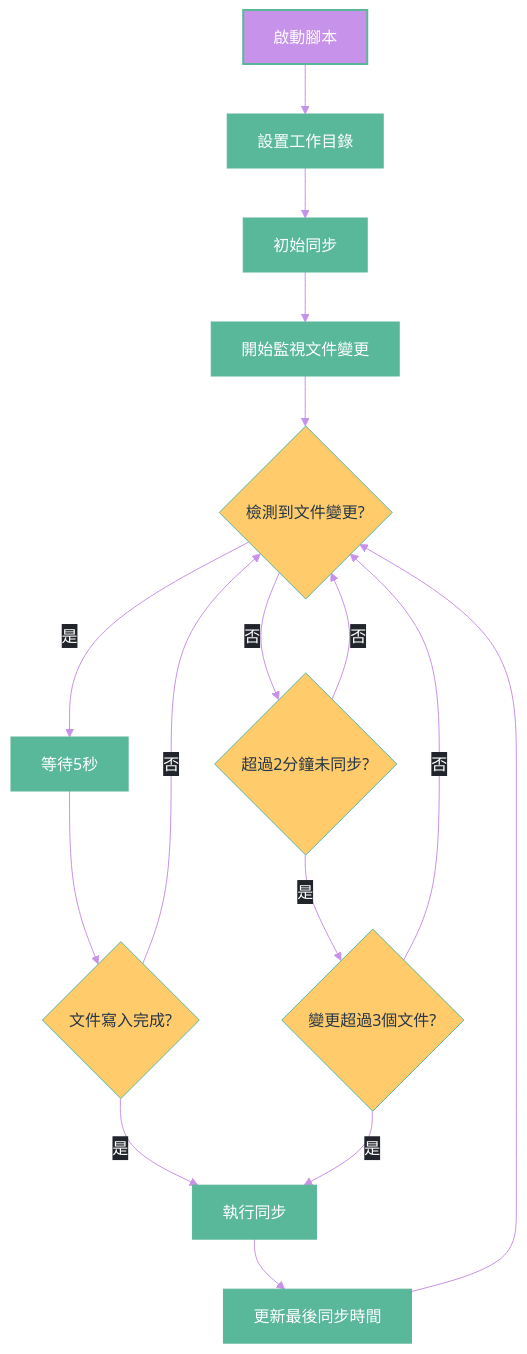
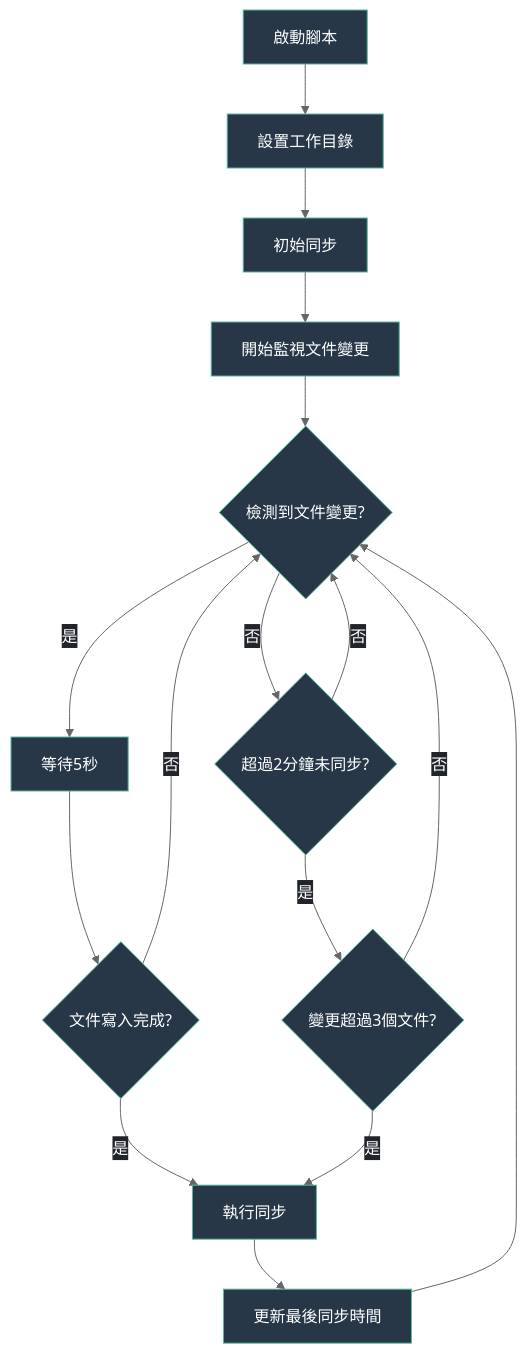
The second of 2 diagrams in Logseq同步方案演進記錄.md (GengGeng026/Sync-Logseq), drawn with Mermaid before and after one commit.

Commit message:
Auto-sync: Wed Mar 26 09:12:04 +08 2025

````diff
--- a/Logseq同步方案演進記錄.md
+++ b/Logseq同步方案演進記錄.md
@@ -384,52 +384,47 @@
 ```mermaid
 %%{init: {
   'theme': 'base', 
   'themeVariables': {
-    'primaryColor': '#651FFF',
+    'primaryColor': '#59B79A',
     'primaryTextColor': '#FFFFFF',
     'primaryBorderColor': '#59B79A',
-    'lineColor': '#C792EA',
-    'secondaryColor': '#FFCB6B',
+    'lineColor': '#666666',
+    'secondaryColor': '#C792EA',
     'tertiaryColor': '#F07178',
     'background': 'transparent',
-    'textColor': '#EEFFFF',
+    'textColor': '#666666',
     'mainBkg': '#273747',
     'nodeBorder': '#59B79A',
     'clusterBkg': 'transparent',
     'edgeLabelBackground': '#21252B'
   },
   'flowchart': {
     'curve': 'basis',
     'nodeSpacing': 50,
     'rankSpacing': 50,
     'padding': 15
   }
 }}%%
 flowchart TD
     %% 節點樣式優化
     classDef start fill:#C792EA,stroke:#59B79A,color:#FFFFFF,stroke-width:2px;
     classDef process fill:#59B79A,stroke:#59B79A,color:#FFFFFF,stroke-width:1px;
     classDef condition fill:#FFCB6B,stroke:#59B79A,color:#273747,stroke-width:1px,shape:diamond;
     classDef action fill:#F07178,stroke:#59B79A,color:#FFFFFF,stroke-width:1px;
     
     A[啟動腳本] --> B[設置工作目錄]
     B --> C[初始同步]
     C --> D[開始監視文件變更]
     D --> E{檢測到文件變更?}
     E -->|是| F[等待5秒]
     F --> G{文件寫入完成?}
     G -->|是| H[執行同步]
     G -->|否| E
     E -->|否| I{超過2分鐘未同步?}
     I -->|是| J{變更超過3個文件?}
     J -->|是| H
     J -->|否| E
     I -->|否| E
     H --> K[更新最後同步時間]
     K --> E
-    
-    %% 應用樣式
-    class A start;
-    class B,C,D,F,H,K process;
-    class E,G,I,J condition;
 ```
````
